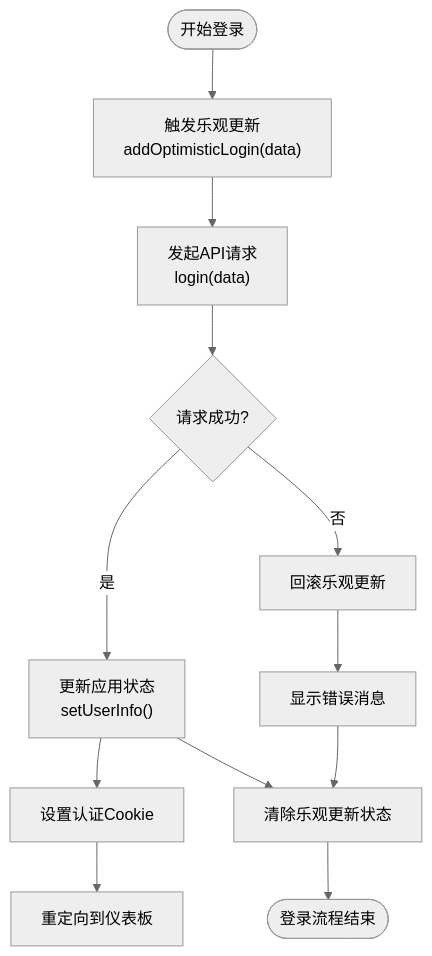
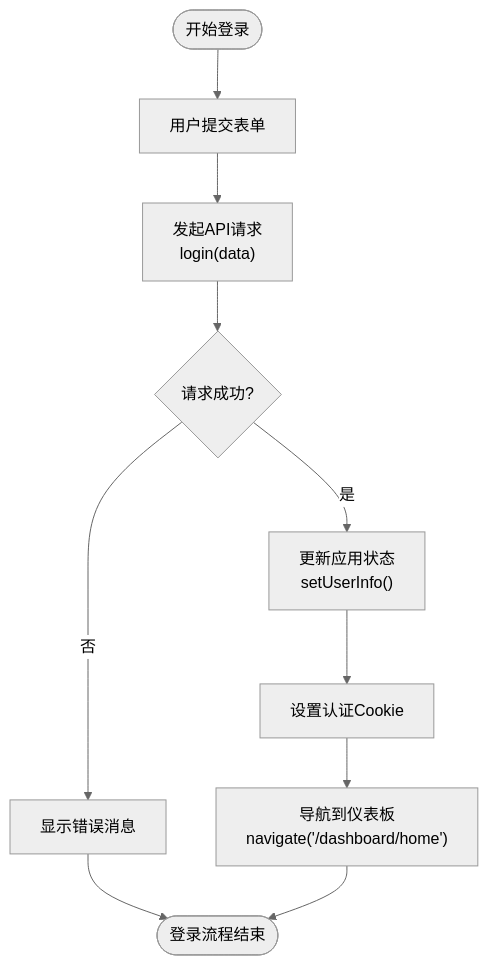
One commit to fengerzh/react-vscode-template changed the third of 5 diagrams in .qoder/repowiki/zh/content/核心特性/登录流程中的乐观更新.md. Above: the diagram before and after it, drawn with Mermaid (neutral theme). The commit also changed other lines of this file and 15 other files, not shown here.

````diff
--- a/.qoder/repowiki/zh/content/核心特性/登录流程中的乐观更新.md
+++ b/.qoder/repowiki/zh/content/核心特性/登录流程中的乐观更新.md
@@ -97,14 +105,12 @@
 ```mermaid
 flowchart TD
-Start([开始登录]) --> OptimisticUpdate["触发乐观更新<br/>addOptimisticLogin(data)"]
-OptimisticUpdate --> APIRequest["发起API请求<br/>login(data)"]
+Start([开始登录]) --> FormSubmit["用户提交表单"]
+FormSubmit --> APIRequest["发起API请求<br/>login(data)"]
 APIRequest --> Success{"请求成功?"}
 Success --> |是| UpdateState["更新应用状态<br/>setUserInfo()"]
 UpdateState --> SetCookie["设置认证Cookie"]
-SetCookie --> Redirect["重定向到仪表板"]
-Success --> |否| Rollback["回滚乐观更新"]
-Rollback --> ShowError["显示错误消息"]
-UpdateState --> ClearOptimistic["清除乐观更新状态"]
-ShowError --> ClearOptimistic
-ClearOptimistic --> End([登录流程结束])
+SetCookie --> Navigate["导航到仪表板<br/>navigate('/dashboard/home')"]
+Success --> |否| ShowError["显示错误消息"]
+ShowError --> End([登录流程结束])
+Navigate --> End
 ```
````
